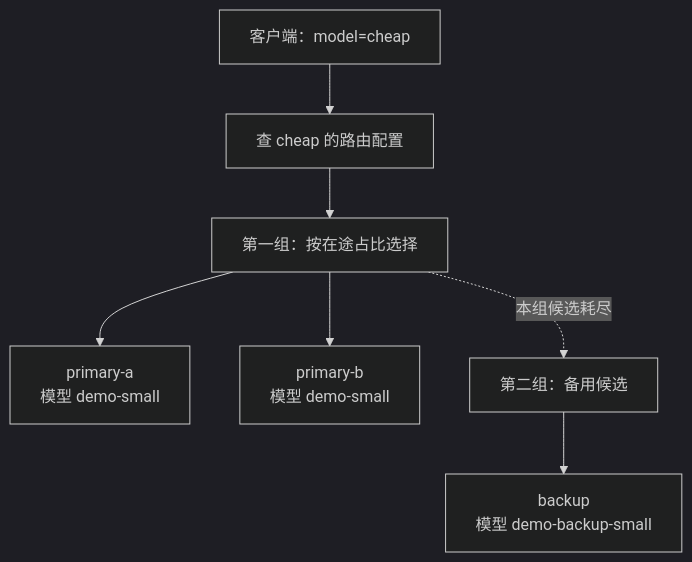
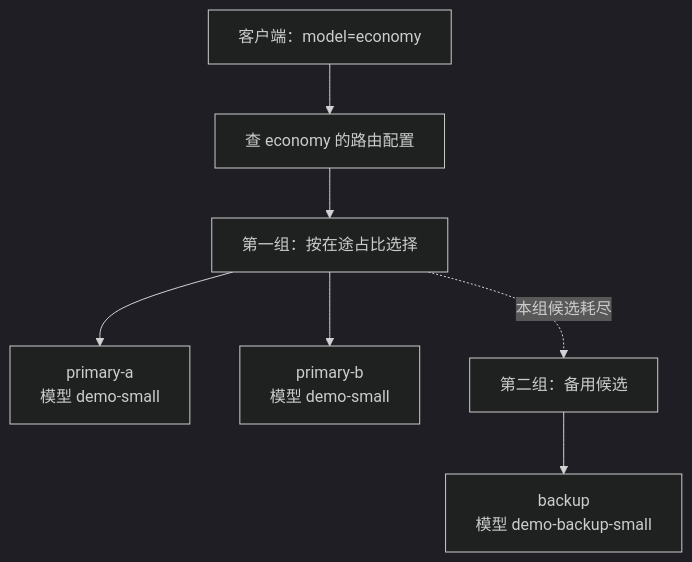
Before and after one commit to songofhawk/go-llm-gateway: the diagram in docs/diagrams/02-routing.mmd, drawn with Mermaid (dark theme). The commit also changed 15 other files, not shown here.

```diff
--- a/docs/diagrams/02-routing.mmd
+++ b/docs/diagrams/02-routing.mmd
@@ -1,9 +1,9 @@
 flowchart TD
     accTitle: 逻辑档次与真实模型分开
-    accDescr: 客户端指定cheap。配置第一组有两个可互换候选，按在途占比选择；第一组耗尽后才考虑备用组。
-    C["客户端：model=cheap"] --> T["查 cheap 的路由配置"]
+    accDescr: 客户端指定economy。配置第一组有两个可互换候选，按在途占比选择；第一组耗尽后才考虑备用组。
+    C["客户端：model=economy"] --> T["查 economy 的路由配置"]
     T --> P["第一组：按在途占比选择"]
     P --> A["primary-a<br/>模型 demo-small"]
     P --> B["primary-b<br/>模型 demo-small"]
     P -.->|本组候选耗尽| F["第二组：备用候选"]
     F --> D["backup<br/>模型 demo-backup-small"]
```
